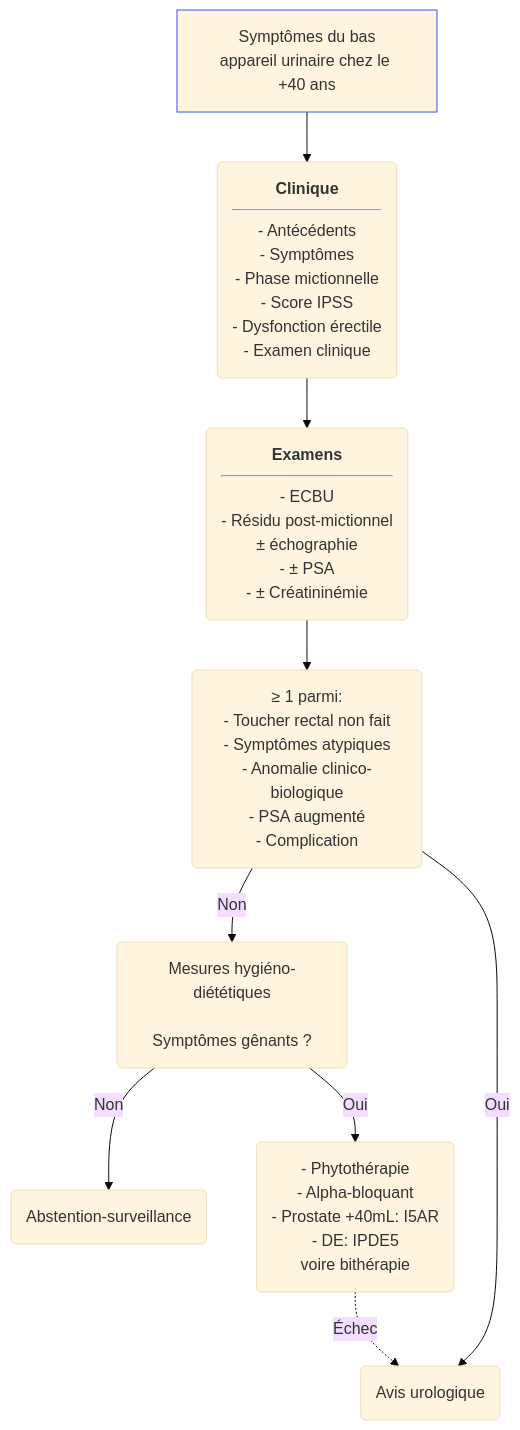
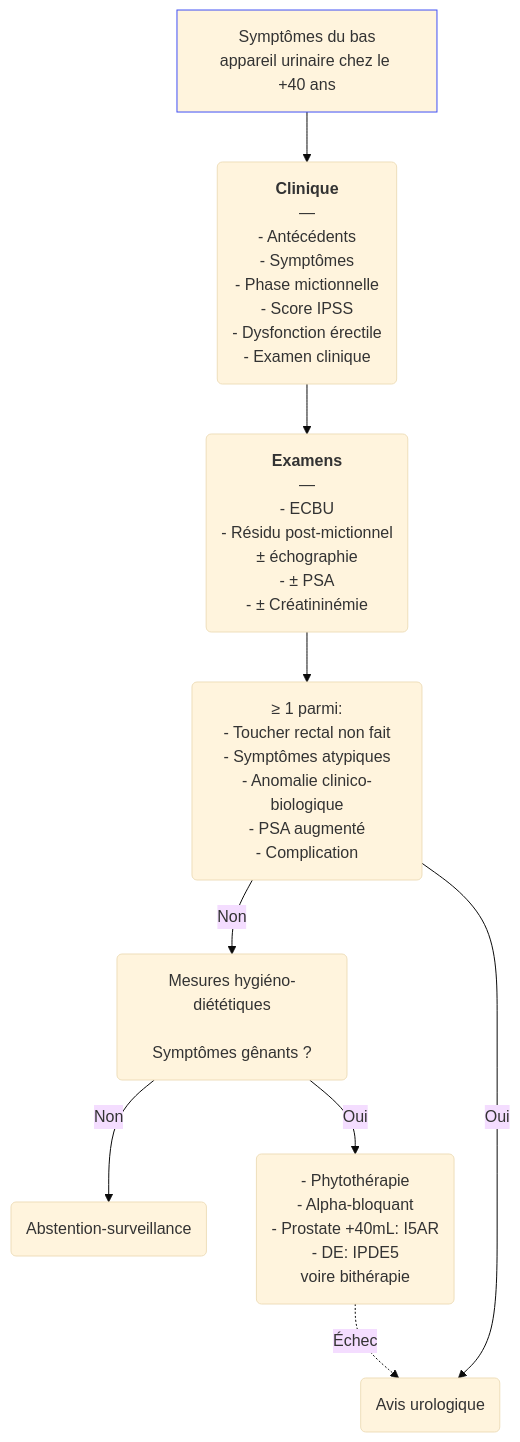
One commit to djibe/recommandations-medicales changed the diagram in content/recommandations/hypertrophie-benigne-prostate.md. Above: the diagram before and after it, drawn with Mermaid (base theme). The commit also changed 51 other files, not shown here.

```diff
--- a/content/recommandations/hypertrophie-benigne-prostate.md
+++ b/content/recommandations/hypertrophie-benigne-prostate.md
@@ -317,9 +317,9 @@
 {{< mermaid title="Prise en charge de l'hypertrophie bénigne de la prostate (HBP). Dr JB Fron d'après EAU 2022 et AFU 2015" >}}
 graph TB
 accTitle: Prise en charge de l'hypertrophie bénigne de la prostate (HBP) d'après EAU 2022 et AFU 2015
-  SBAU[Symptômes du bas<br>appareil urinaire chez le +40 ans] --> clinique("<b>Clinique</b><hr>- Antécédents<br>- Symptômes<br>- Phase mictionnelle<br>- Score IPSS<br>- Dysfonction érectile<br>- Examen clinique") --> examens("<b>Examens</b><hr>- ECBU<br>- Résidu post-mictionnel<br>± échographie<br>- ± PSA<br>- ± Créatininémie") --> criteres("≥ 1 parmi:<br>- Toucher rectal non fait<br>- Symptômes atypiques<br>- Anomalie clinico-biologique<br>- PSA augmenté<br>- Complication")
+  SBAU[Symptômes du bas<br>appareil urinaire chez le +40 ans] --> clinique("<b>Clinique</b><br>—<br>- Antécédents<br>- Symptômes<br>- Phase mictionnelle<br>- Score IPSS<br>- Dysfonction érectile<br>- Examen clinique") --> examens("<b>Examens</b><br>—<br>- ECBU<br>- Résidu post-mictionnel<br>± échographie<br>- ± PSA<br>- ± Créatininémie") --> criteres("≥ 1 parmi:<br>- Toucher rectal non fait<br>- Symptômes atypiques<br>- Anomalie clinico-biologique<br>- PSA augmenté<br>- Complication")
   style SBAU stroke:#4150f5, stroke-width:1px
     criteres -- Non --> rhd(Mesures hygiéno-diététiques<br><br>Symptômes gênants ?) -- Non --> abstention(Abstention-surveillance)
       rhd -- Oui --> traitement("- Phytothérapie<br>- Alpha-bloquant<br>- Prostate +40mL: I5AR<br>- DE: IPDE5<br>voire bithérapie") -. Échec .-> uro
     criteres -- Oui --> uro(Avis urologique)
 {{< /mermaid >}}
```
